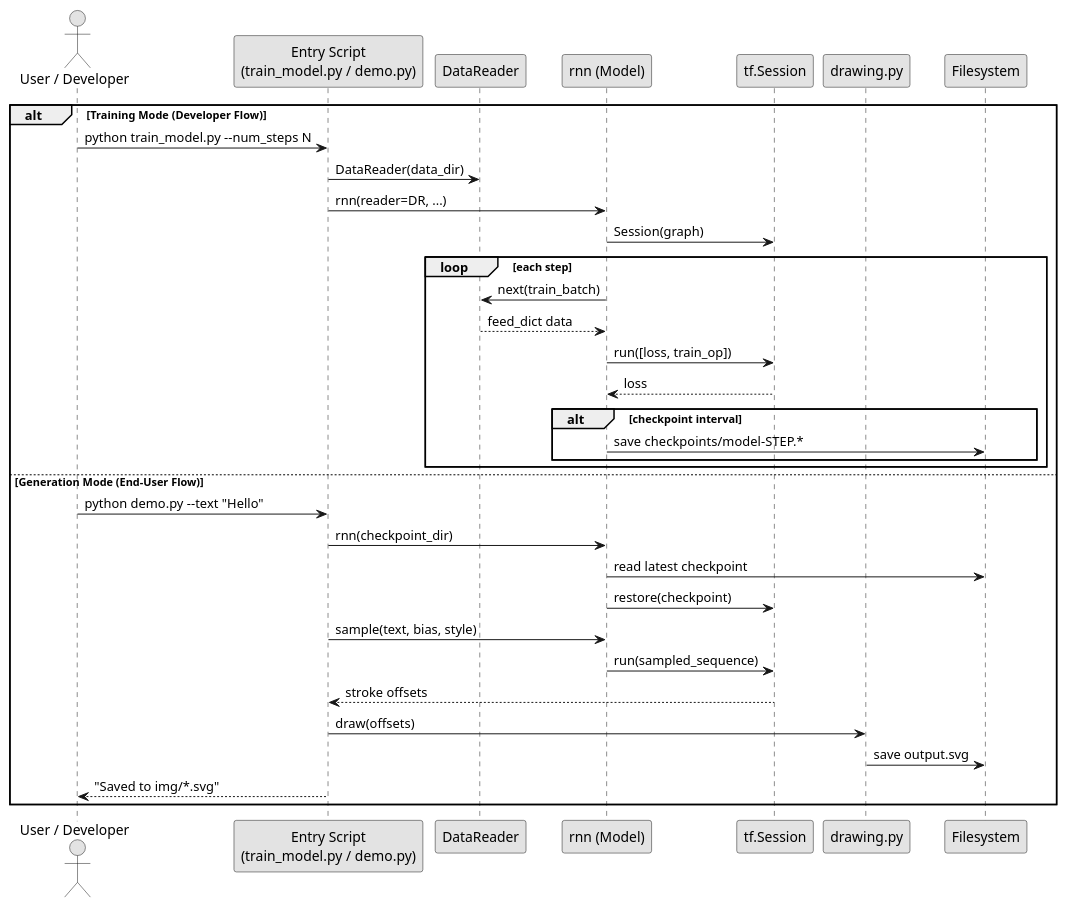
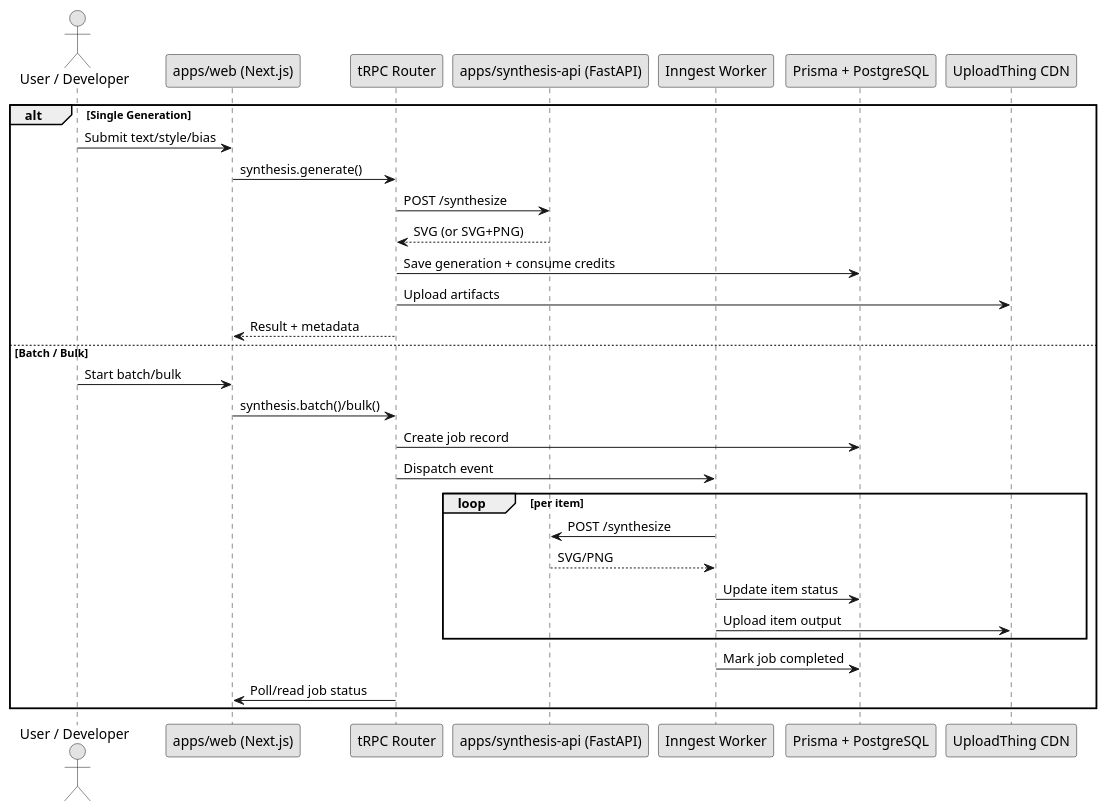
Before and after one commit to bhadraagada/ctrlpluspen: the ninth of 15 diagrams in docss/CONCEPTUAL_DIAGRAMS.md, drawn with PlantUML. The commit also changed other lines of this file and 138 other files, not shown here.

````diff
--- a/docss/CONCEPTUAL_DIAGRAMS.md
+++ b/docss/CONCEPTUAL_DIAGRAMS.md
@@ -403,41 +507,37 @@
 ```plantuml
 @startuml
 skinparam monochrome true
 skinparam shadowing false
 
 actor "User / Developer" as Actor
-participant "Entry Script\n(train_model.py / demo.py)" as Script
-participant "DataReader" as DR
-participant "rnn (Model)" as Model
-participant "tf.Session" as Sess
-participant "drawing.py" as Render
-participant "Filesystem" as FS
+participant "apps/web (Next.js)" as Web
+participant "tRPC Router" as Trpc
+participant "apps/synthesis-api (FastAPI)" as Api
+participant "Inngest Worker" as Worker
+participant "Prisma + PostgreSQL" as DB
+participant "UploadThing CDN" as CDN
 
-alt Training Mode (Developer Flow)
-    Actor -> Script : python train_model.py --num_steps N
-    Script -> DR : DataReader(data_dir)
-    Script -> Model : rnn(reader=DR, ...)
-    Model -> Sess : Session(graph)
-    loop each step
-        Model -> DR : next(train_batch)
-        DR --> Model : feed_dict data
-        Model -> Sess : run([loss, train_op])
-        Sess --> Model : loss
-        alt checkpoint interval
-            Model -> FS : save checkpoints/model-STEP.*
-        end
+alt Single Generation
+    Actor -> Web : Submit text/style/bias
+    Web -> Trpc : synthesis.generate()
+    Trpc -> Api : POST /synthesize
+    Api --> Trpc : SVG (or SVG+PNG)
+    Trpc -> DB : Save generation + consume credits
+    Trpc -> CDN : Upload artifacts
+    Trpc --> Web : Result + metadata
+else Batch / Bulk
+    Actor -> Web : Start batch/bulk
+    Web -> Trpc : synthesis.batch()/bulk()
+    Trpc -> DB : Create job record
+    Trpc -> Worker : Dispatch event
+    loop per item
+      Worker -> Api : POST /synthesize
+      Api --> Worker : SVG/PNG
+      Worker -> DB : Update item status
+      Worker -> CDN : Upload item output
     end
-else Generation Mode (End-User Flow)
-    Actor -> Script : python demo.py --text "Hello"
-    Script -> Model : rnn(checkpoint_dir)
-    Model -> FS : read latest checkpoint
-    Model -> Sess : restore(checkpoint)
-    Script -> Model : sample(text, bias, style)
-    Model -> Sess : run(sampled_sequence)
-    Sess --> Script : stroke offsets
-    Script -> Render : draw(offsets)
-    Render -> FS : save output.svg
-    Actor <-- Script : "Saved to img/*.svg"
+    Worker -> DB : Mark job completed
+    Web <- Trpc : Poll/read job status
 end
 @enduml
 ```
````
